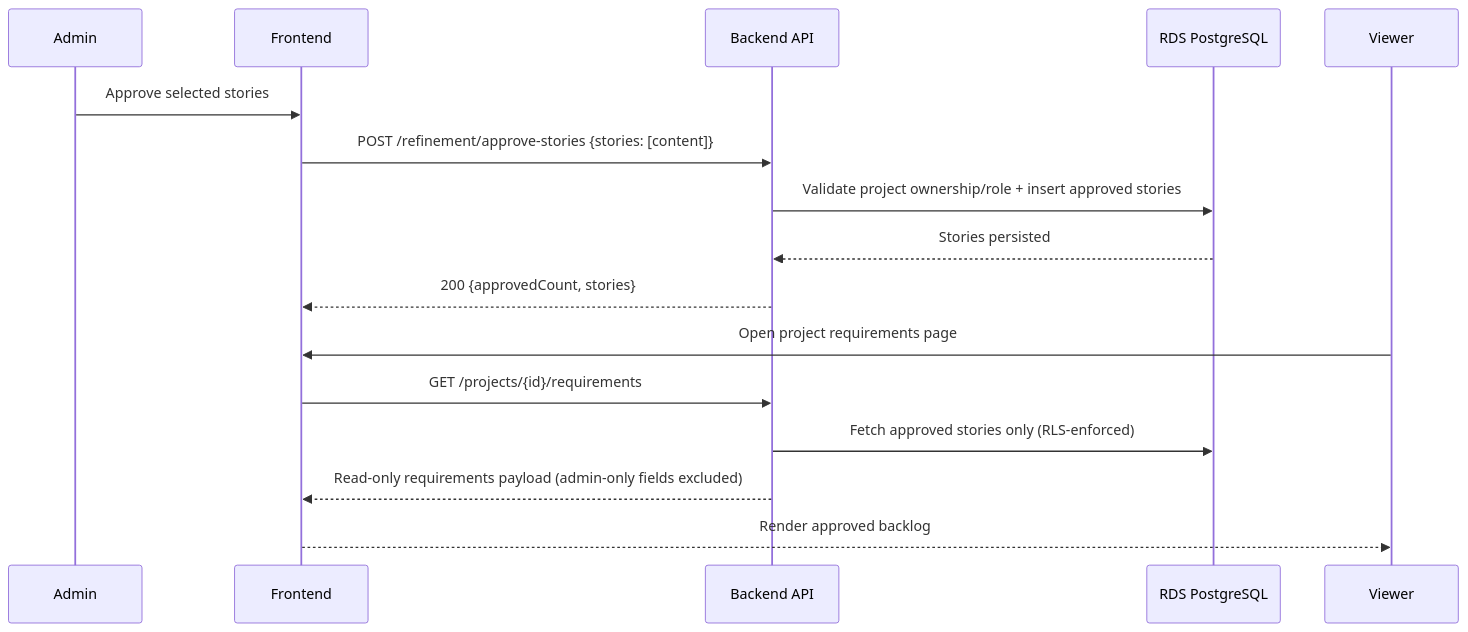
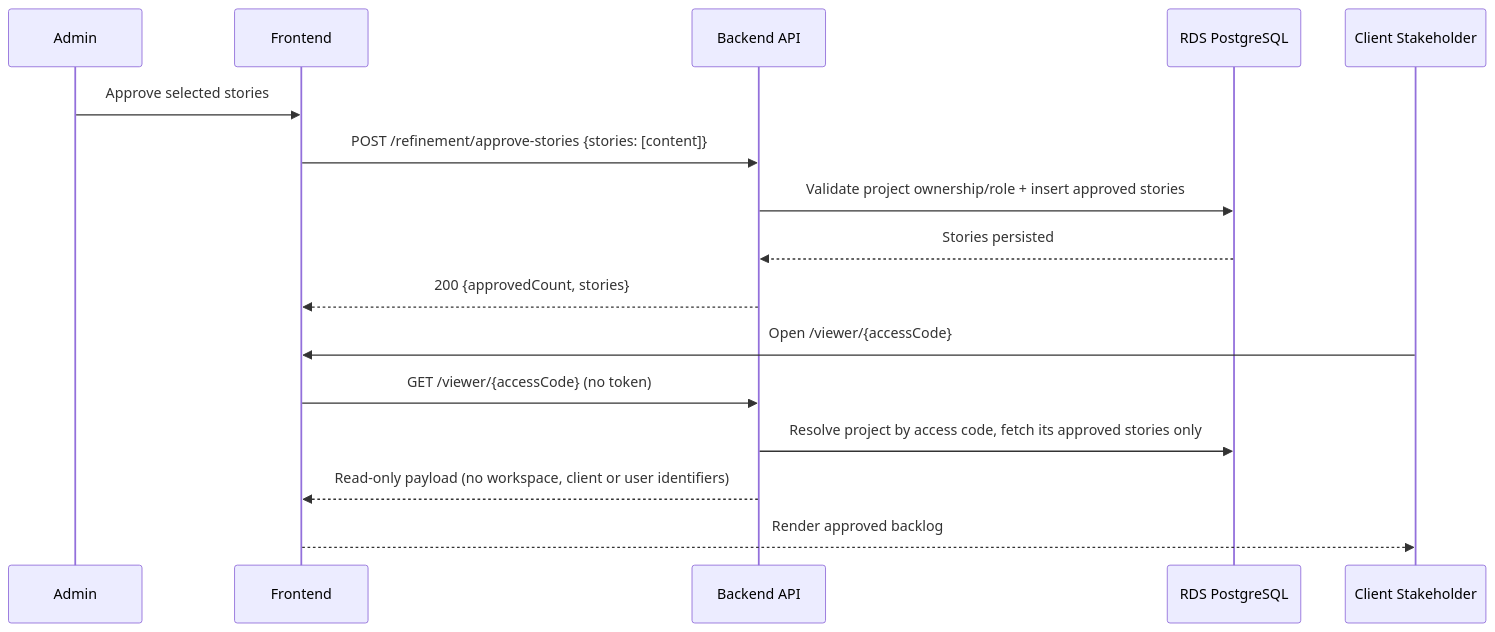
Before and after one commit to alonsovndev/open-projects-hub-docs: the third of 13 diagrams in docs/03-architecture/diagrams/sequence-diagrams.md, drawn with Mermaid. The commit also changed other lines of this file and 33 other files, not shown here.

First line of the commit message:
docs: Replace viewer accounts with client review access codes

````diff
--- a/docs/03-architecture/diagrams/sequence-diagrams.md
+++ b/docs/03-architecture/diagrams/sequence-diagrams.md
@@ -82,19 +82,19 @@
 ```mermaid
 sequenceDiagram
     participant Admin
     participant FE as Frontend
     participant BE as Backend API
     participant DB as RDS PostgreSQL
-    participant Viewer
+    participant Stakeholder as Client Stakeholder
 
     Admin->>FE: Approve selected stories
     FE->>BE: POST /refinement/approve-stories {stories: [content]}
     BE->>DB: Validate project ownership/role + insert approved stories
     DB-->>BE: Stories persisted
     BE-->>FE: 200 {approvedCount, stories}
-    Viewer->>FE: Open project requirements page
-    FE->>BE: GET /projects/{id}/requirements
-    BE->>DB: Fetch approved stories only (RLS-enforced)
-    BE-->>FE: Read-only requirements payload (admin-only fields excluded)
-    FE-->>Viewer: Render approved backlog
+    Stakeholder->>FE: Open /viewer/{accessCode}
+    FE->>BE: GET /viewer/{accessCode} (no token)
+    BE->>DB: Resolve project by access code, fetch its approved stories only
+    BE-->>FE: Read-only payload (no workspace, client or user identifiers)
+    FE-->>Stakeholder: Render approved backlog
 ```
````
